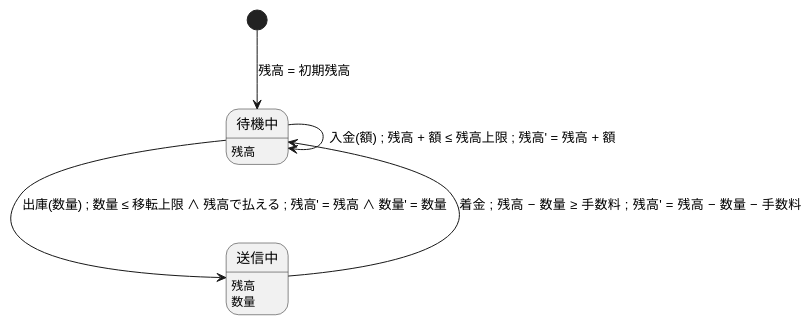
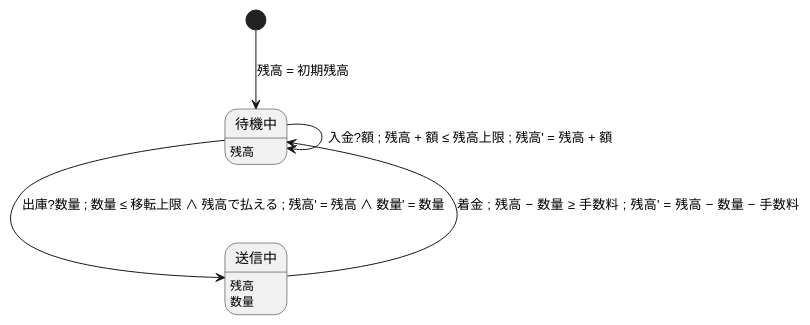
The diagram in examples/bmc/withdraw.puml (Kuniwak/puml-parallel), drawn with PlantUML before and after one commit. The commit also changed 86 other files, not shown here.

```diff
--- a/examples/bmc/withdraw.puml
+++ b/examples/bmc/withdraw.puml
@@ -1,16 +1,16 @@
 @startuml WITHDRAW
 ' A wallet in miniature: a balance, a transfer limit, and a withdrawal that
 ' pays the chain fee out of the same balance. The clause "残高で払える" is
 ' natural language; what it means is decided by its twin in withdraw_twins.py.
 state "待機中" as idle
 idle : 残高
 state "送信中" as sending
 sending : 残高
 sending : 数量
 
 [*] --> idle : 残高 = 初期残高
 
-idle --> sending : 出庫(数量) ; 数量 ≤ 移転上限 ∧ 残高で払える ; 残高' = 残高 ∧ 数量' = 数量
+idle --> sending : 出庫?数量 ; 数量 ≤ 移転上限 ∧ 残高で払える ; 残高' = 残高 ∧ 数量' = 数量
 sending --> idle : 着金 ; 残高 − 数量 ≥ 手数料 ; 残高' = 残高 − 数量 − 手数料
-idle --> idle : 入金(額) ; 残高 + 額 ≤ 残高上限 ; 残高' = 残高 + 額
+idle --> idle : 入金?額 ; 残高 + 額 ≤ 残高上限 ; 残高' = 残高 + 額
 @enduml
```
